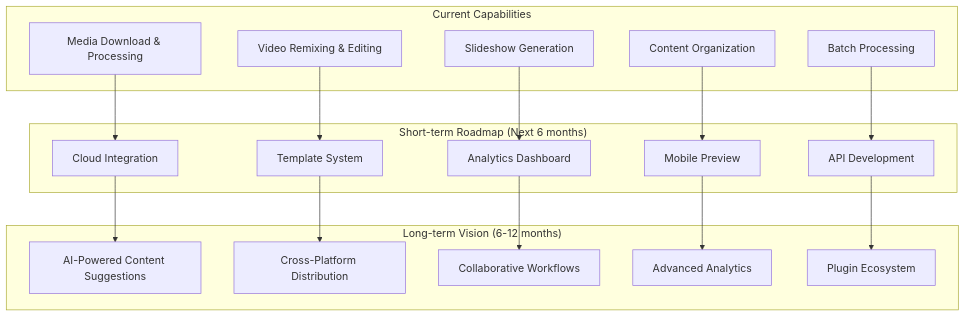
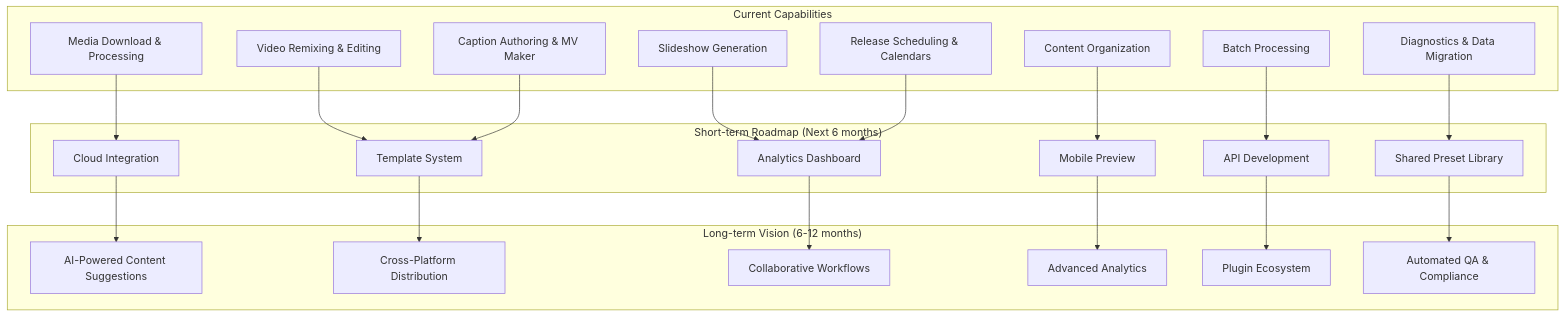
One commit to blakedemarest/BEDROT-Media-Suite changed the second of 23 diagrams in docs/architecture/bedrot-media-suite-summary.md. Above: the diagram before and after it, drawn with Mermaid. The commit also changed other lines of this file and 3 other files, not shown here.

````diff
--- a/docs/architecture/bedrot-media-suite-summary.md
+++ b/docs/architecture/bedrot-media-suite-summary.md
@@ -183,38 +234,47 @@
 ```mermaid
 flowchart TD
     subgraph "Current Capabilities"
         C1[Media Download & Processing]
         C2[Video Remixing & Editing]
         C3[Slideshow Generation]
         C4[Content Organization]
         C5[Batch Processing]
+        C6[Release Scheduling & Calendars]
+        C7[Caption Authoring & MV Maker]
+        C8[Diagnostics & Data Migration]
     end
     
     subgraph "Short-term Roadmap (Next 6 months)"
         S1[Cloud Integration]
         S2[Template System]
         S3[Analytics Dashboard]
         S4[Mobile Preview]
         S5[API Development]
+        S6[Shared Preset Library]
     end
     
     subgraph "Long-term Vision (6-12 months)"
         L1[AI-Powered Content Suggestions]
         L2[Cross-Platform Distribution]
         L3[Collaborative Workflows]
         L4[Advanced Analytics]
         L5[Plugin Ecosystem]
+        L6[Automated QA & Compliance]
     end
     
     C1 --> S1
     C2 --> S2
     C3 --> S3
     C4 --> S4
     C5 --> S5
+    C6 --> S3
+    C7 --> S2
+    C8 --> S6
     
     S1 --> L1
     S2 --> L2
     S3 --> L3
     S4 --> L4
     S5 --> L5
+    S6 --> L6
 ```
````
